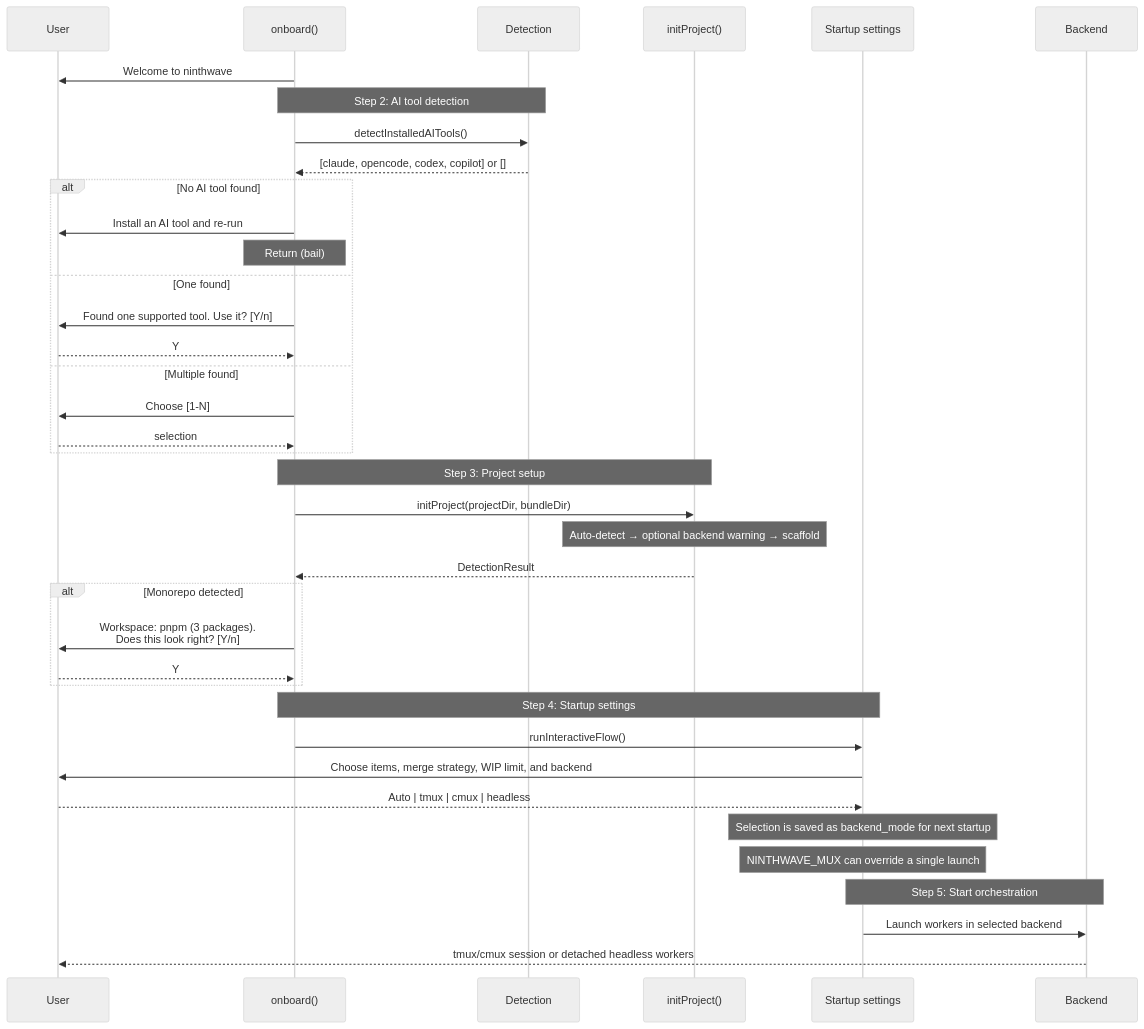
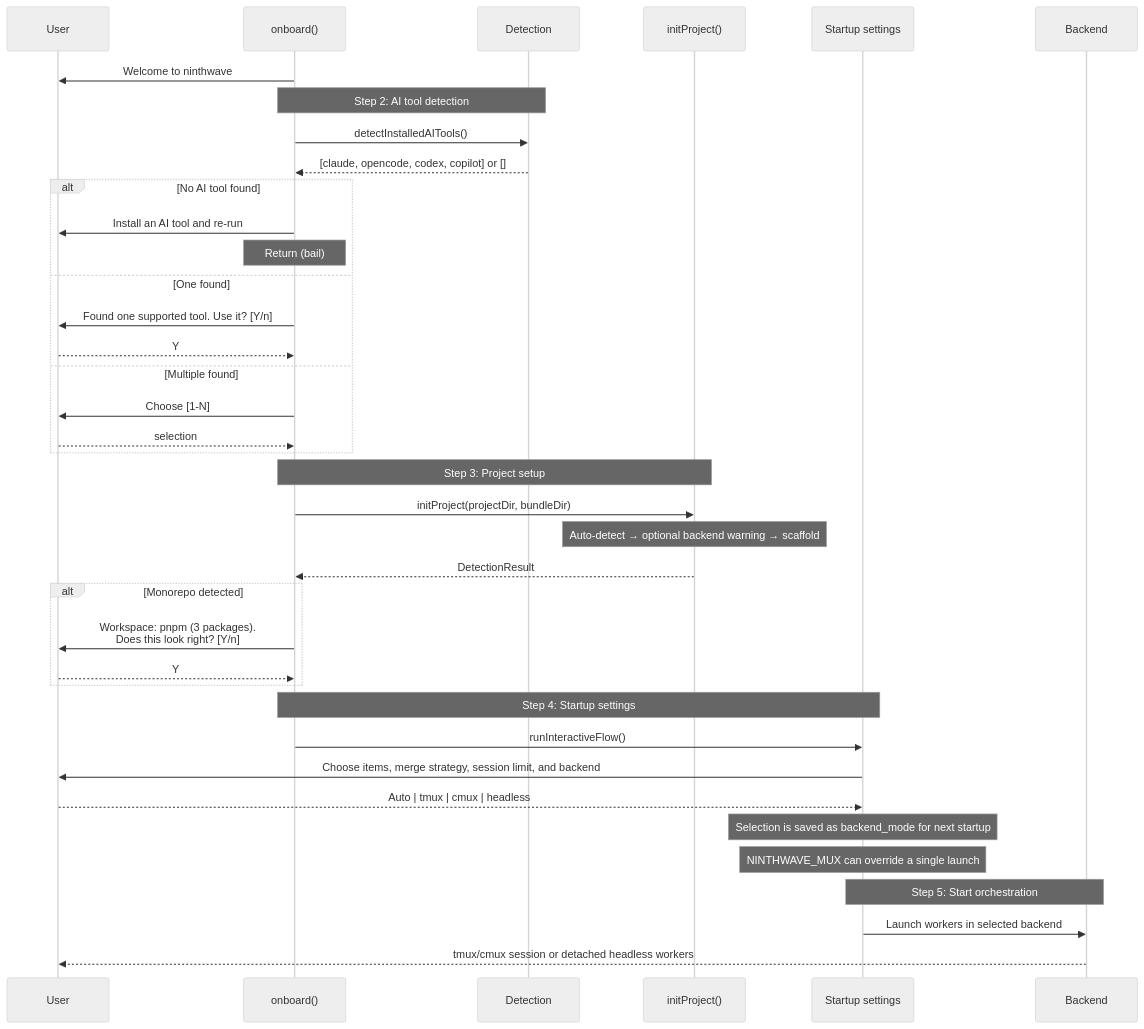
The second of 4 diagrams in docs/onboarding.md (roblambell/workflow-kit), drawn with Mermaid (neutral theme) before and after one commit. The commit also changed other lines of this file and 52 other files, not shown here.

Commit message:
refactor: rename WIP limits to session limits

````diff
--- a/docs/onboarding.md
+++ b/docs/onboarding.md
@@ -56,47 +56,47 @@
 ```mermaid
 sequenceDiagram
     participant U as User
     participant O as onboard()
     participant D as Detection
     participant I as initProject()
     participant S as Startup settings
     participant B as Backend
 
     O->>U: Welcome to ninthwave
 
     Note over O,D: Step 2: AI tool detection
     O->>D: detectInstalledAITools()
     D-->>O: [claude, opencode, codex, copilot] or []
 
     alt No AI tool found
         O->>U: Install an AI tool and re-run
         Note over O: Return (bail)
     else One found
         O->>U: Found one supported tool. Use it? [Y/n]
         U-->>O: Y
     else Multiple found
         O->>U: Choose [1-N]
         U-->>O: selection
     end
 
     Note over O,I: Step 3: Project setup
     O->>I: initProject(projectDir, bundleDir)
     Note over I: Auto-detect → optional backend warning → scaffold
     I-->>O: DetectionResult
 
     alt Monorepo detected
         O->>U: Workspace: pnpm (3 packages).<br/>Does this look right? [Y/n]
         U-->>O: Y
     end
 
     Note over O,S: Step 4: Startup settings
     O->>S: runInteractiveFlow()
-    S->>U: Choose items, merge strategy, WIP limit, and backend
+    S->>U: Choose items, merge strategy, session limit, and backend
     U-->>S: Auto | tmux | cmux | headless
     Note over S: Selection is saved as backend_mode for next startup
     Note over S: NINTHWAVE_MUX can override a single launch
 
     Note over S,B: Step 5: Start orchestration
     S->>B: Launch workers in selected backend
     B-->>U: tmux/cmux session or detached headless workers
 ```
````
